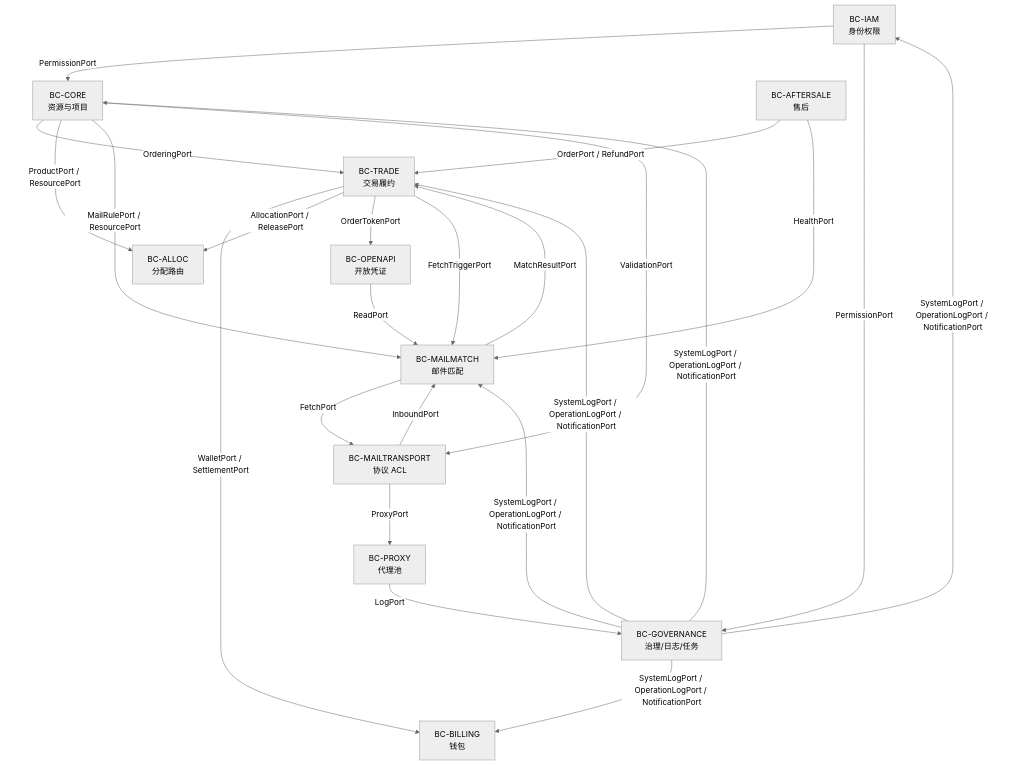
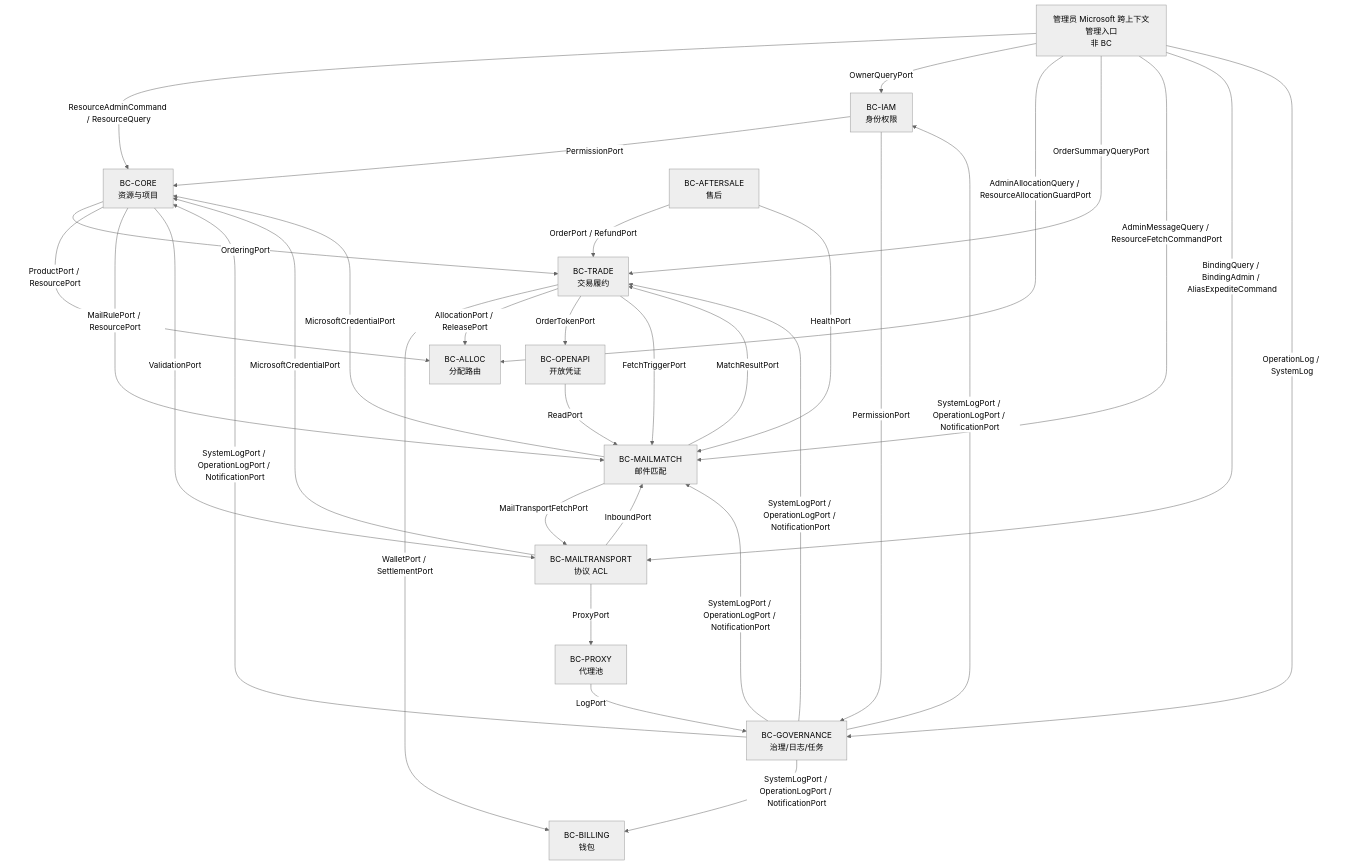
One commit to donnel666/remail changed the second of 2 diagrams in docs/0-overview-context-map.md. Above: the diagram before and after it, drawn with Mermaid (neutral theme). The commit also changed other lines of this file and 165 other files, not shown here.

Commit message:
feat(admin): integrate Microsoft resource management APIs

````diff
--- a/docs/0-overview-context-map.md
+++ b/docs/0-overview-context-map.md
@@ -87,38 +91,48 @@
 ```mermaid
 graph TD
     IAM[BC-IAM<br/>身份权限]
     GOV[BC-GOVERNANCE<br/>治理/日志/任务]
     CORE[BC-CORE<br/>资源与项目]
     ALLOC[BC-ALLOC<br/>分配路由]
     BILL[BC-BILLING<br/>钱包]
     TRADE[BC-TRADE<br/>交易履约]
     TRANSPORT[BC-MAILTRANSPORT<br/>协议 ACL]
     PROXY[BC-PROXY<br/>代理池]
     MATCH[BC-MAILMATCH<br/>邮件匹配]
     OPENAPI[BC-OPENAPI<br/>开放凭证]
     AFTER[BC-AFTERSALE<br/>售后]
+    ADMINMS[管理员 Microsoft 跨上下文管理入口<br/>非 BC]
 
     IAM -->|PermissionPort| CORE
     IAM -->|PermissionPort| GOV
     CORE -->|OrderingPort| TRADE
     CORE -->|ProductPort / ResourcePort| ALLOC
     CORE -->|MailRulePort / ResourcePort| MATCH
     TRADE -->|WalletPort / SettlementPort| BILL
     TRADE -->|AllocationPort / ReleasePort| ALLOC
     TRADE -->|OrderTokenPort| OPENAPI
     TRADE -->|FetchTriggerPort| MATCH
     MATCH -->|MatchResultPort| TRADE
-    MATCH -->|FetchPort| TRANSPORT
+    MATCH -->|MailTransportFetchPort| TRANSPORT
+    MATCH -->|MicrosoftCredentialPort| CORE
     TRANSPORT -->|InboundPort| MATCH
     TRANSPORT -->|ProxyPort| PROXY
+    TRANSPORT -->|MicrosoftCredentialPort| CORE
     CORE -->|ValidationPort| TRANSPORT
     AFTER -->|OrderPort / RefundPort| TRADE
     AFTER -->|HealthPort| MATCH
     OPENAPI -->|ReadPort| MATCH
     GOV -->|SystemLogPort / OperationLogPort / NotificationPort| IAM
     GOV -->|SystemLogPort / OperationLogPort / NotificationPort| CORE
     GOV -->|SystemLogPort / OperationLogPort / NotificationPort| TRADE
     GOV -->|SystemLogPort / OperationLogPort / NotificationPort| BILL
     GOV -->|SystemLogPort / OperationLogPort / NotificationPort| MATCH
     PROXY -->|LogPort| GOV
+    ADMINMS -->|ResourceAdminCommand / ResourceQuery| CORE
+    ADMINMS -->|OwnerQueryPort| IAM
+    ADMINMS -->|AdminAllocationQuery / ResourceAllocationGuardPort| ALLOC
+    ADMINMS -->|OrderSummaryQueryPort| TRADE
+    ADMINMS -->|AdminMessageQuery / ResourceFetchCommandPort| MATCH
+    ADMINMS -->|BindingQuery / BindingAdmin / AliasExpediteCommand| TRANSPORT
+    ADMINMS -->|OperationLog / SystemLog| GOV
 ```
````
